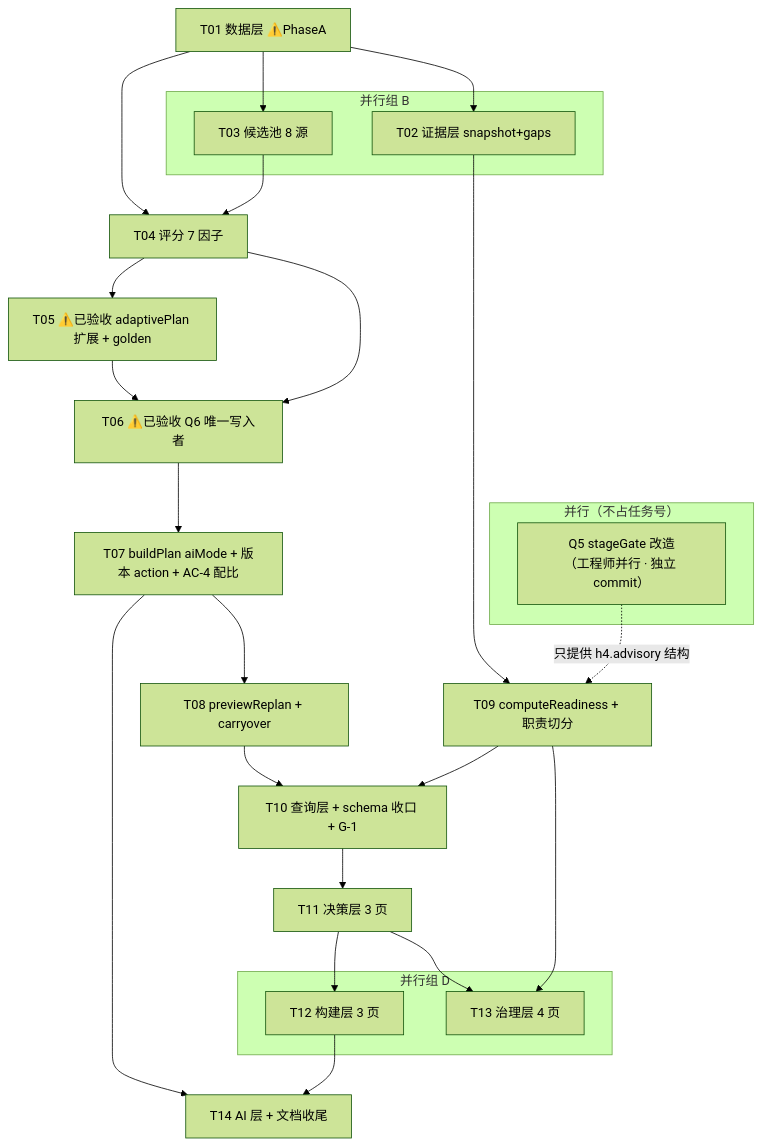
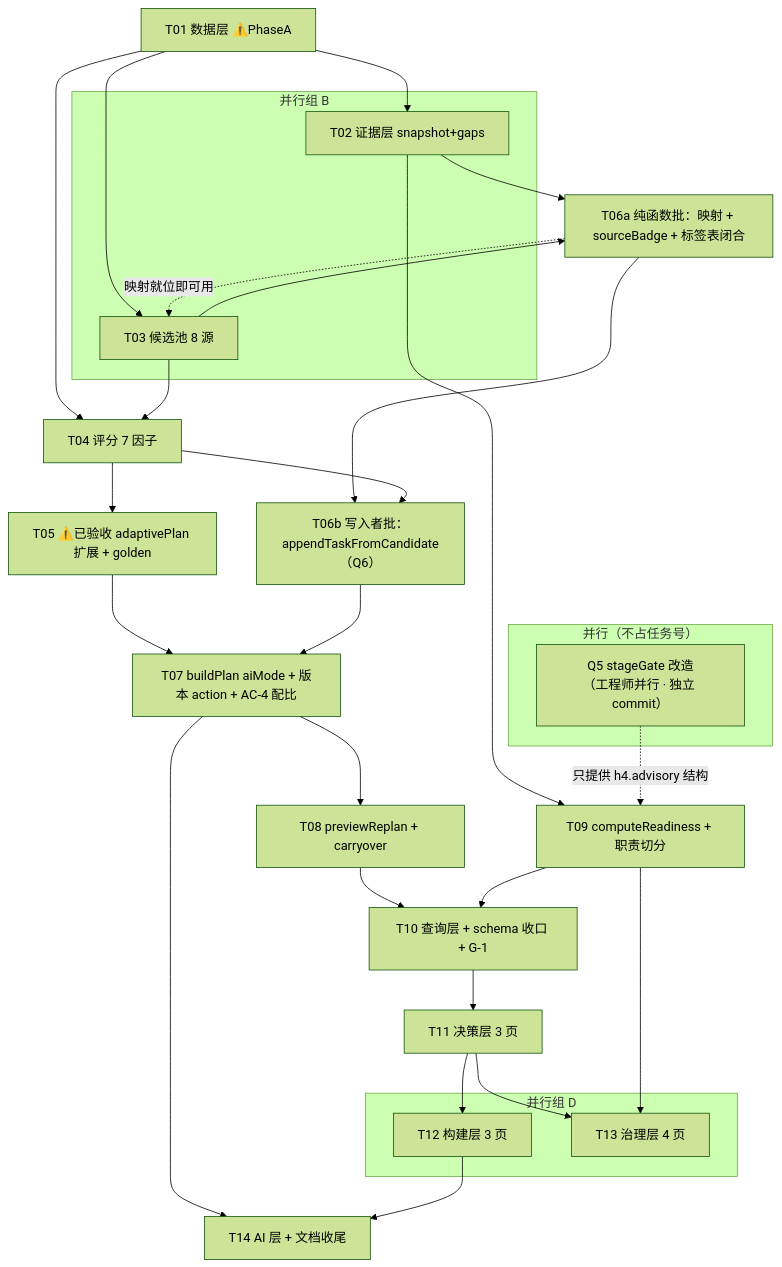
Before and after one commit to bingLW/ielts-learning-os: the diagram in docs/42-v2.7-tasks.md, drawn with Mermaid (forest theme). The commit also changed other lines of this file and 1 other file, not shown here.

First line of the commit message:
docs(v2.7): sourceBadge 下沉 domain + 客户端导入边界 G-5③ + T06 拆 a/b

````diff
--- a/docs/42-v2.7-tasks.md
+++ b/docs/42-v2.7-tasks.md
@@ -220,35 +239,39 @@
 ```mermaid
 graph TD
   T01["T01 数据层 ⚠️PhaseA"] --> T02["T02 证据层 snapshot+gaps"]
   T01 --> T03["T03 候选池 8 源"]
   T01 --> T04["T04 评分 7 因子"]
   T03 --> T04
   T04 --> T05["T05 ⚠️已验收 adaptivePlan 扩展 + golden"]
-  T05 --> T06["T06 ⚠️已验收 Q6 唯一写入者"]
-  T04 --> T06
-  T06 --> T07["T07 buildPlan aiMode + 版本 action + AC-4 配比"]
+  T02 --> T06a["T06a 纯函数批：映射 + sourceBadge + 标签表闭合"]
+  T03 --> T06a
+  T05 --> T07["T07 buildPlan aiMode + 版本 action + AC-4 配比"]
+  T06a --> T06b["T06b 写入者批：appendTaskFromCandidate（Q6）"]
+  T04 --> T06b
+  T06b --> T07
+  T06a -.->|映射就位即可用| T03
   T07 --> T08["T08 previewReplan + carryover"]
   T02 --> T09["T09 computeReadiness + 职责切分"]
   T08 --> T10["T10 查询层 + schema 收口 + G-1"]
   T09 --> T10
   T10 --> T11["T11 决策层 3 页"]
   T11 --> T12["T12 构建层 3 页"]
   T11 --> T13["T13 治理层 4 页"]
   T09 --> T13
   T07 --> T14["T14 AI 层 + 文档收尾"]
   T12 --> T14
 
   Q5["Q5 stageGate 改造<br/>（工程师并行 · 独立 commit）"] -.->|只提供 h4.advisory 结构| T09
 
   subgraph PB["并行组 B"]
     T02
     T03
   end
   subgraph PD["并行组 D"]
     T12
     T13
   end
   subgraph PX["并行（不占任务号）"]
     Q5
   end
 ```
````
